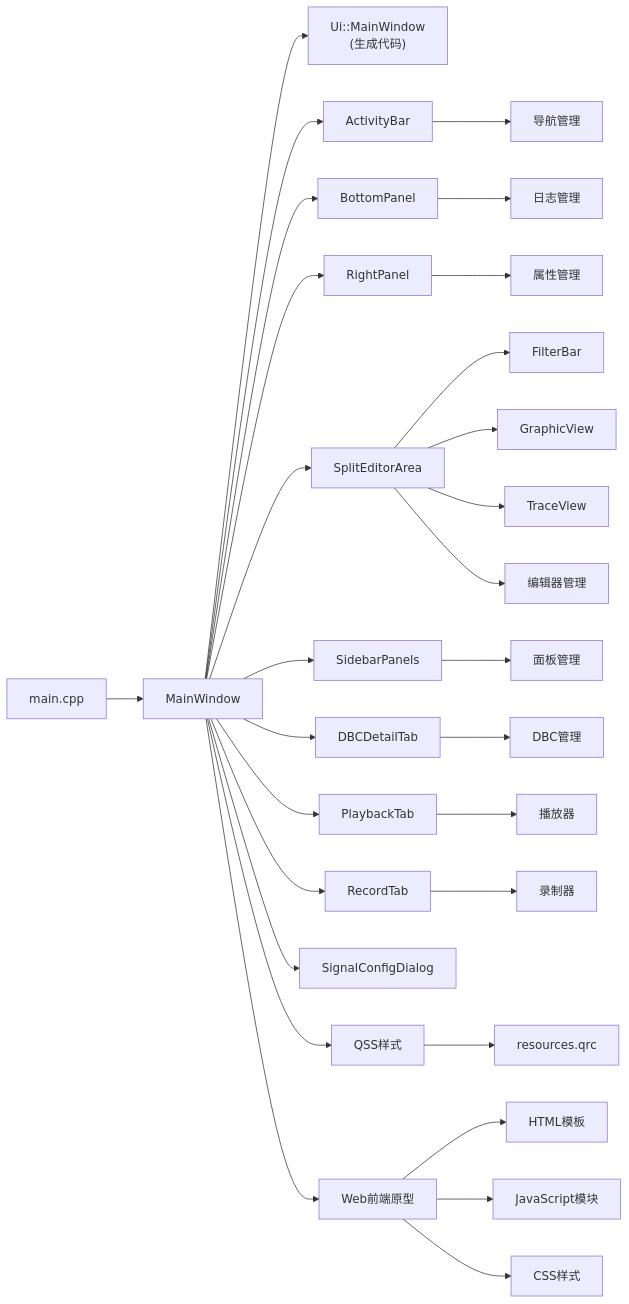
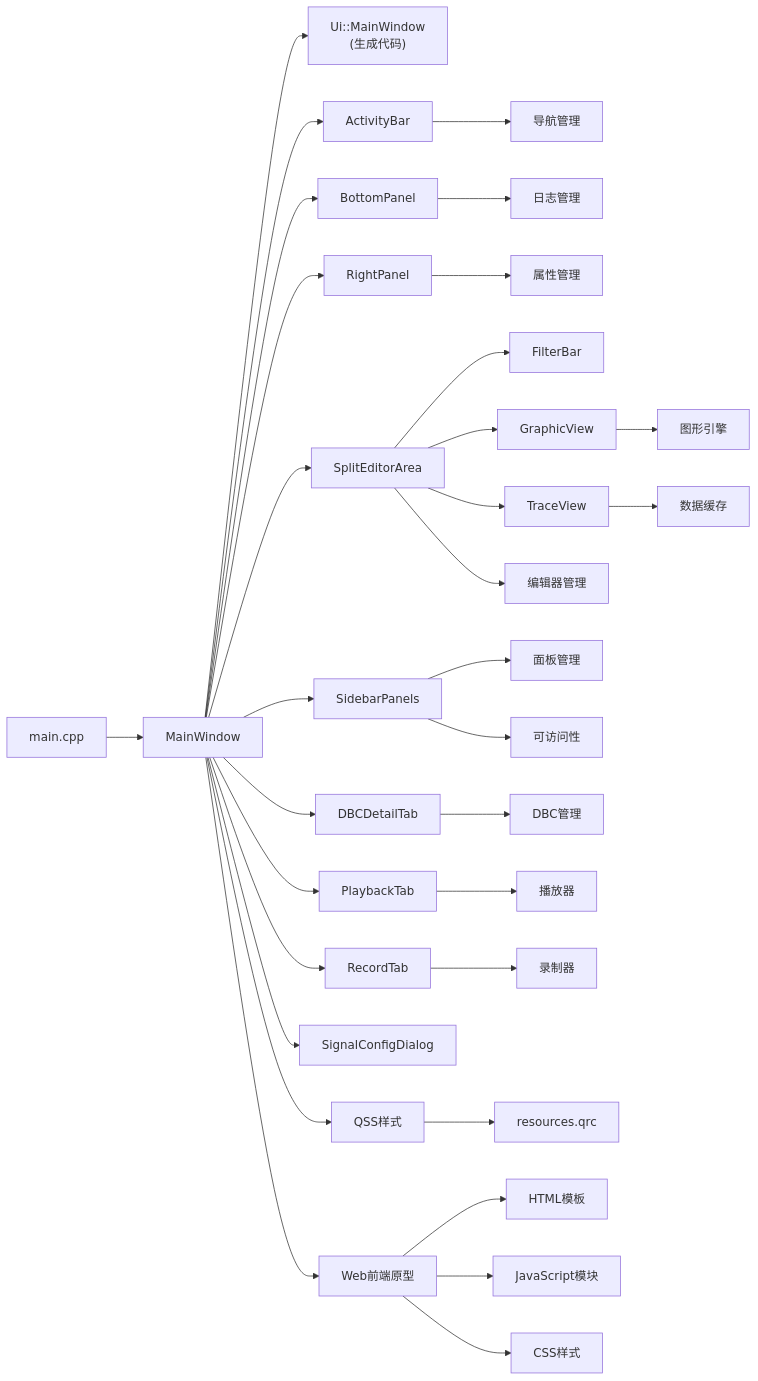
One commit to jakecai1225-design/OpenBus changed diagram 15 of 15 in .qoder/repowiki/zh/content/架构设计/UI系统设计/UI系统设计.md. Above: the diagram before and after it, drawn with Mermaid. The commit also changed other lines of this file and 215 other files, not shown here.

````diff
--- a/.qoder/repowiki/zh/content/架构设计/UI系统设计/UI系统设计.md
+++ b/.qoder/repowiki/zh/content/架构设计/UI系统设计/UI系统设计.md
@@ -1059,31 +940,34 @@
 ```mermaid
 graph LR
 Main["main.cpp"] --> MW["MainWindow"]
 MW --> UI["Ui::MainWindow<br/>(生成代码)"]
 MW --> AB["ActivityBar"]
 MW --> BP["BottomPanel"]
 MW --> RP["RightPanel"]
 MW --> SEA["SplitEditorArea"]
 MW --> SBP["SidebarPanels"]
 MW --> DBCT["DBCDetailTab"]
 MW --> PB["PlaybackTab"]
 MW --> RT["RecordTab"]
 SEA --> FB["FilterBar"]
 SEA --> GV["GraphicView"]
 SEA --> TV["TraceView"]
 MW --> SCD["SignalConfigDialog"]
 MW --> QSS["QSS样式"]
 QSS --> QRC["resources.qrc"]
 AB --> Navigation["导航管理"]
 BP --> Logging["日志管理"]
 RP --> Properties["属性管理"]
 SEA --> Editors["编辑器管理"]
 SBP --> Panels["面板管理"]
 DBCT --> DBC["DBC管理"]
 PB --> Player["播放器"]
 RT --> Recorder["录制器"]
 MW --> Web["Web前端原型"]
 Web --> HTML["HTML模板"]
 Web --> JS["JavaScript模块"]
 Web --> CSS["CSS样式"]
+GV --> Graphics["图形引擎"]
+TV --> DataCache["数据缓存"]
+SBP --> Accessibility["可访问性"]
 ```
````
